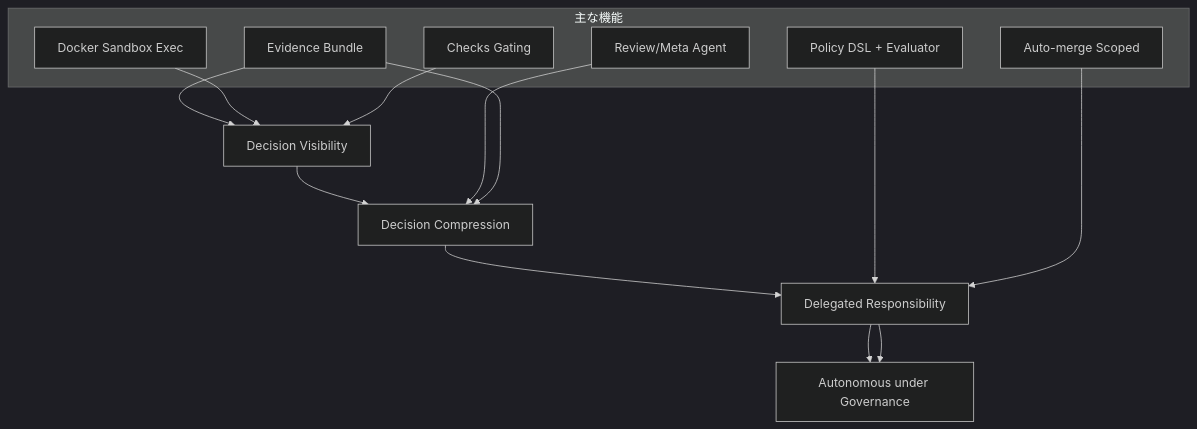
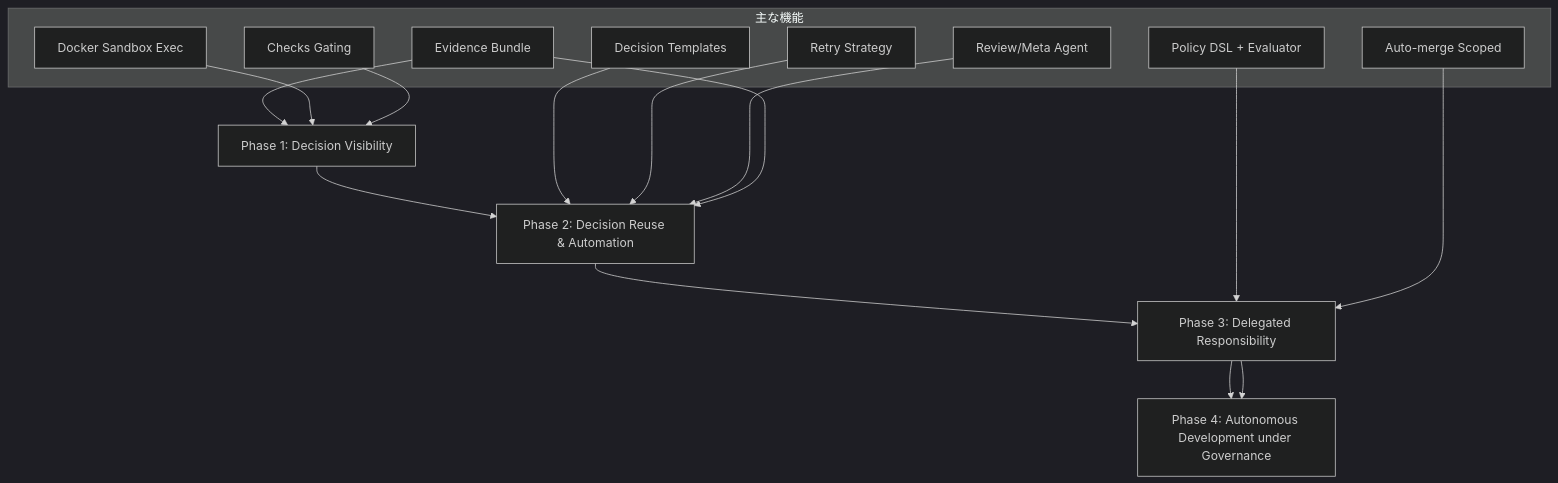
One commit to hampen2929/zloth changed the third of 3 diagrams in docs/zloth_gen2_fixed.md. Above: the diagram before and after it, drawn with Mermaid (dark theme). The commit also changed other lines of this file and 2 other files, not shown here.

Commit message:
Update changes

````diff
--- a/docs/zloth_gen2_fixed.md
+++ b/docs/zloth_gen2_fixed.md
@@ -203,24 +204,28 @@
 ```mermaid
 flowchart TB
-  V1[Decision Visibility] --> V2[Decision Compression]
-  V2 --> V3[Delegated Responsibility]
-  V3 --> V4[Autonomous under Governance]
+  V1[Phase 1: Decision Visibility] --> V2[Phase 2: Decision Reuse & Automation]
+  V2 --> V3[Phase 3: Delegated Responsibility]
+  V3 --> V4[Phase 4: Autonomous Development under Governance]
 
   subgraph M[主な機能]
     A[Evidence Bundle]
     B[Review/Meta Agent]
     C[Policy DSL + Evaluator]
     D[Docker Sandbox Exec]
     E[Checks Gating]
     F[Auto-merge Scoped]
+    G[Decision Templates]
+    H[Retry Strategy]
   end
 
   A --> V1
   D --> V1
   E --> V1
+  G --> V2
+  H --> V2
   B --> V2
   A --> V2
   C --> V3
   F --> V3
   V3 --> V4
 ```
````
